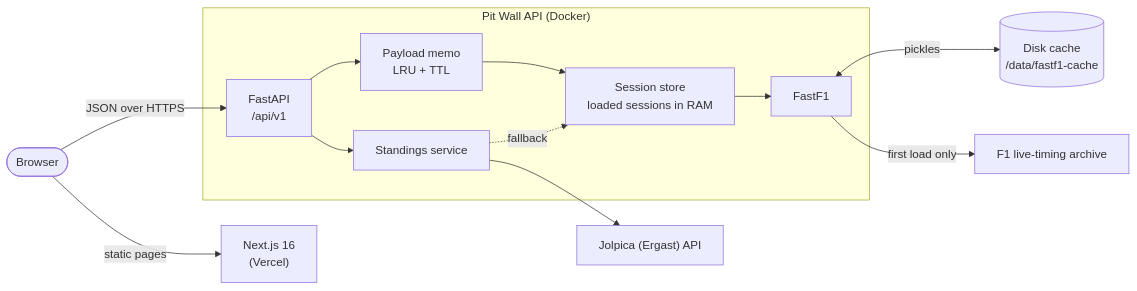
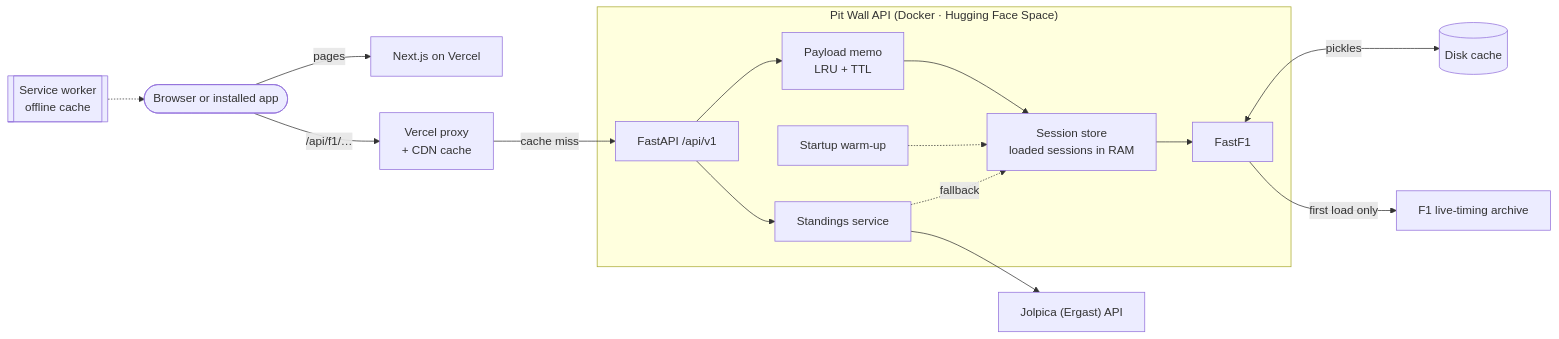
The first of 4 diagrams in README.md (ultron513/F1-Telemetry-Dashboard-2025), drawn with Mermaid before and after one commit. The commit also changed other lines of this file and 34 other files, not shown here.

First line of the commit message:
Make Pit Wall deployable as a fast, installable web app

````diff
--- a/README.md
+++ b/README.md
@@ -171,15 +173,18 @@
 ```mermaid
 flowchart LR
-    U([Browser]) -->|"static pages"| W["Next.js 16<br/>(Vercel)"]
-    U -->|"JSON over HTTPS"| A["FastAPI<br/>/api/v1"]
-    subgraph API ["Pit Wall API (Docker)"]
+    U([Browser or installed app]) -->|"pages"| W["Next.js on Vercel"]
+    U -->|"/api/f1/…"| PX["Vercel proxy<br/>+ CDN cache"]
+    SW[["Service worker<br/>offline cache"]] -.-> U
+    PX -->|"cache miss"| A["FastAPI /api/v1"]
+    subgraph API ["Pit Wall API (Docker · Hugging Face Space)"]
         A --> P["Payload memo<br/>LRU + TTL"]
         P --> S["Session store<br/>loaded sessions in RAM"]
         S --> F["FastF1"]
         A --> ST["Standings service"]
+        WU["Startup warm-up"] -.-> S
     end
-    F <-->|"pickles"| C[("Disk cache<br/>/data/fastf1-cache")]
+    F <-->|"pickles"| C[("Disk cache")]
     F -->|"first load only"| LT["F1 live-timing archive"]
     ST --> J["Jolpica (Ergast) API"]
     ST -. "fallback" .-> S
 ```
````
